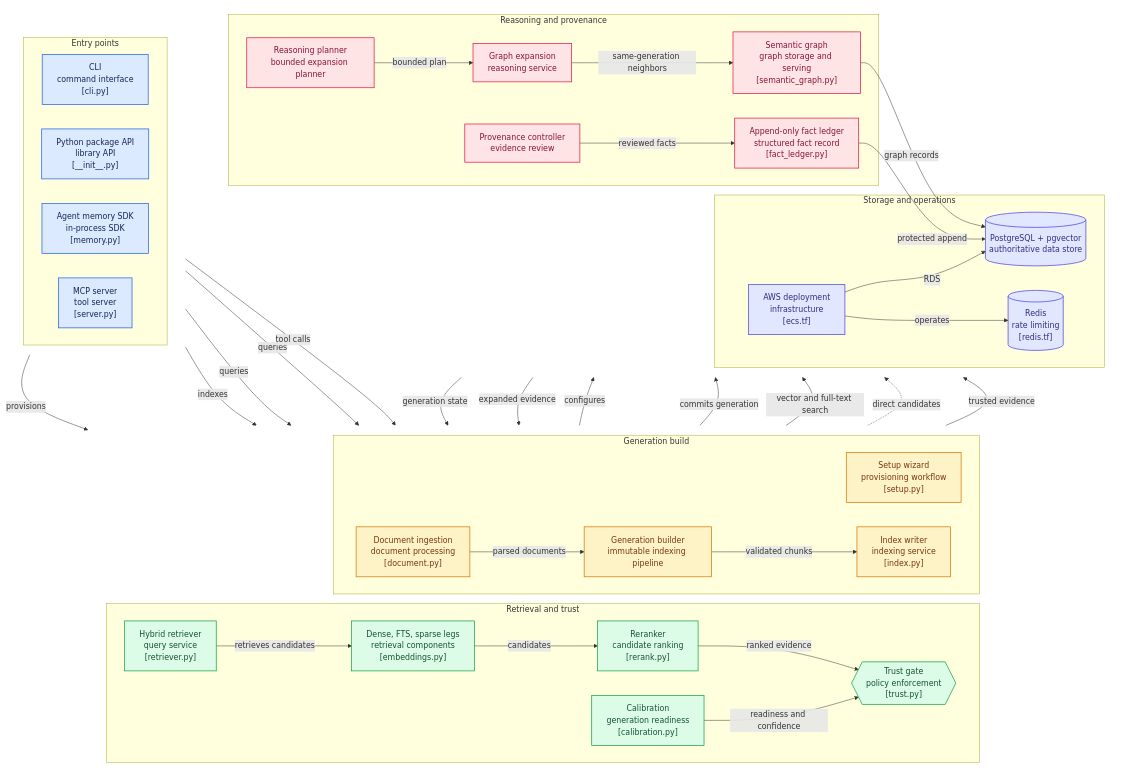
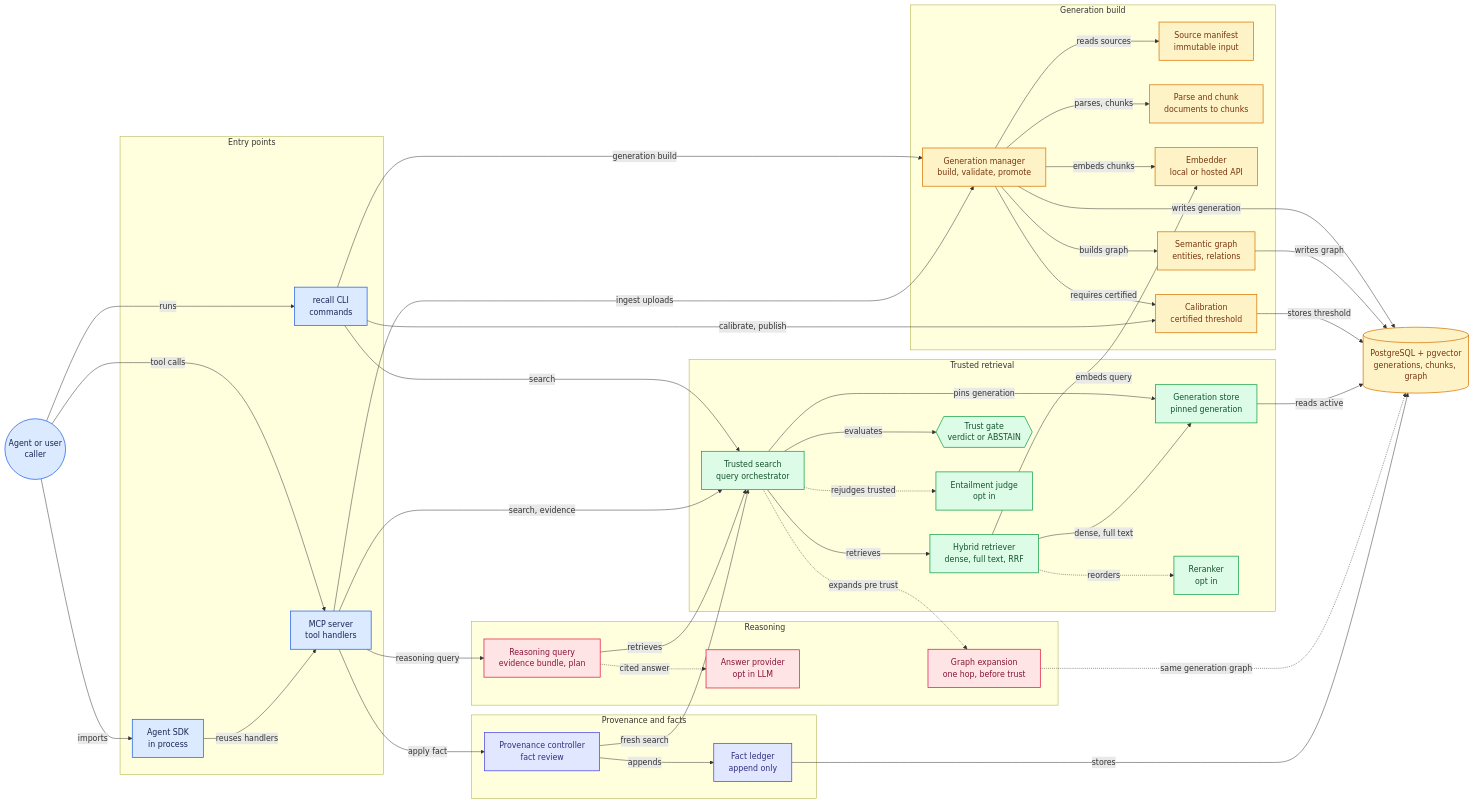
Before and after one commit to GiulioDER/RE-call: the diagram in README.md, drawn with Mermaid. The commit also changed other lines of this file, not shown here.

Commit message:
Rebuild the README architecture diagram with gitdiagram's pipeline
Regenerates the "How it works" diagram by following gitdiagram's
(ahmedkhaleel2004/gitdiagram) evidence, graph-planning and compile stages
against call sites traced in this repository, and compiling the graph with
gitdiagram's own validator and Mermaid compiler.

Corrections to the previous diagram:
- The reranker is opt in (RECALL_RERANK, recall/retriever.py:664) and is
  now dashed rather than on the default path.
- Trusted search (recall/trust.py) is shown as the orchestrator every entry
  point, the reasoning path and the provenance controller go through, with
  generation pinning and the trust gate under it.
- Graph expansion joins before the trust gate, as a pre-trust transform.
- The entailment judge and answer provider appear as opt in.
- The AWS and Redis Terraform nodes are removed: deployment template, not
  the product.

Layout is left to right so the groups stack instead of spreading wide.

````diff
--- a/README.md
+++ b/README.md
@@ -57,101 +59,100 @@
 ```mermaid
-flowchart TD
+flowchart LR
 
-subgraph row_top[" "]
-  direction LR
-  subgraph group_clients["Entry points"]
-    node_cli["CLI<br/>command interface<br/>[cli.py]"]
-    node_package_api["Python package API<br/>library API<br/>[__init__.py]"]
-    node_agent_sdk["Agent memory SDK<br/>in-process SDK<br/>[memory.py]"]
-    node_mcp_server["MCP server<br/>tool server<br/>[server.py]"]
-  end
+subgraph group_entry["Entry points"]
+  node_cli["recall CLI<br/>commands"]
+  node_mcp["MCP server<br/>tool handlers"]
+  node_sdk["Agent SDK<br/>in process"]
 end
 
-subgraph row_middle[" "]
-  direction LR
-  subgraph group_serving["Retrieval and trust"]
-    node_retriever["Hybrid retriever<br/>query service<br/>[retriever.py]"]
-    node_retrieval_legs["Dense, FTS, sparse legs<br/>retrieval components<br/>[embeddings.py]"]
-    node_reranker["Reranker<br/>candidate ranking<br/>[rerank.py]"]
-    node_trust_gate{{"Trust gate<br/>policy enforcement<br/>[trust.py]"}}
-    node_calibration["Calibration<br/>generation readiness<br/>[calibration.py]"]
-  end
-
-  subgraph group_build["Generation build"]
-    node_setup_wizard["Setup wizard<br/>provisioning workflow<br/>[setup.py]"]
-    node_generation_builder["Generation builder<br/>immutable indexing pipeline"]
-    node_document_ingest["Document ingestion<br/>document processing<br/>[document.py]"]
-    node_indexer["Index writer<br/>indexing service<br/>[index.py]"]
-  end
-
+subgraph group_build["Generation build"]
+  node_manifest["Source manifest<br/>immutable input"]
+  node_generations["Generation manager<br/>build, validate, promote"]
+  node_parser["Parse and chunk<br/>documents to chunks"]
+  node_embedder["Embedder<br/>local or hosted API"]
+  node_graph_build["Semantic graph<br/>entities, relations"]
+  node_calibration["Calibration<br/>certified threshold"]
 end
 
-subgraph row_bottom[" "]
-  direction LR
-  subgraph group_reasoning["Reasoning and provenance"]
-    node_reasoning_planner["Reasoning planner<br/>bounded expansion planner"]
-    node_reasoning_expansion["Graph expansion<br/>reasoning service"]
-    node_semantic_graph["Semantic graph<br/>graph storage and serving<br/>[semantic_graph.py]"]
-    node_provenance["Provenance controller<br/>evidence review"]
-    node_fact_ledger["Append-only fact ledger<br/>structured fact record<br/>[fact_ledger.py]"]
-  end
-  subgraph group_storage["Storage and operations"]
-    node_postgres[("PostgreSQL + pgvector<br/>authoritative data store")]
-    node_redis[("Redis<br/>rate limiting<br/>[redis.tf]")]
-    node_aws_deployment["AWS deployment<br/>infrastructure<br/>[ecs.tf]"]
-  end
+subgraph group_serve["Trusted retrieval"]
+  node_trusted_search["Trusted search<br/>query orchestrator"]
+  node_gen_store["Generation store<br/>pinned generation"]
+  node_retriever["Hybrid retriever<br/>dense, full text, RRF"]
+  node_reranker["Reranker<br/>opt in"]
+  node_trust_gate{{"Trust gate<br/>verdict or ABSTAIN"}}
+  node_entailment["Entailment judge<br/>opt in"]
 end
 
-style row_top fill:transparent,stroke:transparent
-style row_middle fill:transparent,stroke:transparent
-style row_bottom fill:transparent,stroke:transparent
+subgraph group_reason["Reasoning"]
+  node_reasoner["Reasoning query<br/>evidence bundle, plan"]
+  node_graph_expansion["Graph expansion<br/>one hop, before trust"]
+  node_answer["Answer provider<br/>opt in LLM"]
+end
 
-node_cli -->|"provisions"| node_setup_wizard
-node_cli -->|"indexes"| node_generation_builder
-node_package_api -->|"queries"| node_retriever
-node_agent_sdk -->|"queries"| node_retriever
-node_mcp_server -->|"tool calls"| node_retriever
-node_setup_wizard -->|"configures"| node_postgres
-node_document_ingest -->|"parsed documents"| node_generation_builder
-node_generation_builder -->|"validated chunks"| node_indexer
-node_indexer -->|"commits generation"| node_postgres
-node_retriever -->|"retrieves candidates"| node_retrieval_legs
-node_retrieval_legs -->|"vector and full-text search"| node_postgres
-node_retrieval_legs -->|"candidates"| node_reranker
-node_reranker -->|"ranked evidence"| node_trust_gate
-node_calibration -->|"readiness and confidence"| node_trust_gate
-node_postgres -->|"generation state"| node_calibration
-node_retriever -.->|"direct candidates"| node_reasoning_planner
-node_reasoning_planner -->|"bounded plan"| node_reasoning_expansion
-node_reasoning_expansion -->|"same-generation neighbors"| node_semantic_graph
-node_semantic_graph -->|"graph records"| node_postgres
-node_reasoning_expansion -->|"expanded evidence"| node_trust_gate
-node_trust_gate -->|"trusted evidence"| node_provenance
-node_provenance -->|"reviewed facts"| node_fact_ledger
-node_fact_ledger -->|"protected append"| node_postgres
-node_aws_deployment -->|"RDS"| node_postgres
-node_aws_deployment -->|"operates"| node_redis
+subgraph group_facts["Provenance and facts"]
+  node_provenance["Provenance controller<br/>fact review"]
+  node_ledger["Fact ledger<br/>append only"]
+end
 
-click node_cli "https://github.com/giulioder/re-call/blob/master/recall/cli.py"
-click node_package_api "https://github.com/giulioder/re-call/blob/master/recall/__init__.py"
-click node_agent_sdk "https://github.com/giulioder/re-call/blob/master/recall_agent/memory.py"
-click node_mcp_server "https://github.com/giulioder/re-call/blob/master/recall_mcp/server.py"
-click node_setup_wizard "https://github.com/giulioder/re-call/blob/master/recall/setup.py"
-click node_generation_builder "https://github.com/giulioder/re-call/blob/master/recall/generation_build.py"
-click node_document_ingest "https://github.com/giulioder/re-call/blob/master/recall/document.py"
-click node_indexer "https://github.com/giulioder/re-call/blob/master/recall/index.py"
-click node_retriever "https://github.com/giulioder/re-call/blob/master/recall/retriever.py"
-click node_retrieval_legs "https://github.com/giulioder/re-call/blob/master/recall/embeddings.py"
-click node_reranker "https://github.com/giulioder/re-call/blob/master/recall/rerank.py"
-click node_trust_gate "https://github.com/giulioder/re-call/blob/master/recall/trust.py"
-click node_calibration "https://github.com/giulioder/re-call/blob/master/recall/calibration.py"
-click node_reasoning_planner "https://github.com/giulioder/re-call/blob/master/recall/reasoning_planner.py"
-click node_reasoning_expansion "https://github.com/giulioder/re-call/blob/master/recall/reasoning_expansion_service.py"
-click node_semantic_graph "https://github.com/giulioder/re-call/blob/master/recall/semantic_graph.py"
-click node_provenance "https://github.com/giulioder/re-call/blob/master/recall/provenance_controller.py"
-click node_fact_ledger "https://github.com/giulioder/re-call/blob/master/recall/fact_ledger.py"
-click node_redis "https://github.com/giulioder/re-call/blob/master/infra/aws/redis.tf"
-click node_aws_deployment "https://github.com/giulioder/re-call/blob/master/infra/aws/ecs.tf"
+node_caller(("Agent or user<br/>caller"))
+node_postgres[("PostgreSQL + pgvector<br/>generations, chunks, graph")]
+
+node_caller -->|"runs"| node_cli
+node_caller -->|"tool calls"| node_mcp
+node_caller -->|"imports"| node_sdk
+node_sdk -->|"reuses handlers"| node_mcp
+node_cli -->|"generation build"| node_generations
+node_mcp -->|"ingest uploads"| node_generations
+node_generations -->|"reads sources"| node_manifest
+node_generations -->|"parses, chunks"| node_parser
+node_generations -->|"embeds chunks"| node_embedder
+node_generations -->|"builds graph"| node_graph_build
+node_generations -->|"requires certified"| node_calibration
+node_generations -->|"writes generation"| node_postgres
+node_graph_build -->|"writes graph"| node_postgres
+node_cli -->|"calibrate, publish"| node_calibration
+node_calibration -->|"stores threshold"| node_postgres
+node_cli -->|"search"| node_trusted_search
+node_mcp -->|"search, evidence"| node_trusted_search
+node_trusted_search -->|"pins generation"| node_gen_store
+node_gen_store -->|"reads active"| node_postgres
+node_trusted_search -->|"retrieves"| node_retriever
+node_retriever -->|"embeds query"| node_embedder
+node_retriever -->|"dense, full text"| node_gen_store
+node_retriever -.->|"reorders"| node_reranker
+node_trusted_search -->|"evaluates"| node_trust_gate
+node_trusted_search -.->|"rejudges trusted"| node_entailment
+node_mcp -->|"reasoning query"| node_reasoner
+node_reasoner -->|"retrieves"| node_trusted_search
+node_trusted_search -.->|"expands pre trust"| node_graph_expansion
+node_graph_expansion -.->|"same generation graph"| node_postgres
+node_reasoner -.->|"cited answer"| node_answer
+node_mcp -->|"apply fact"| node_provenance
+node_provenance -->|"fresh search"| node_trusted_search
+node_provenance -->|"appends"| node_ledger
+node_ledger -->|"stores"| node_postgres
+
+click node_cli "https://github.com/GiulioDER/RE-call/blob/master/recall/cli.py"
+click node_mcp "https://github.com/GiulioDER/RE-call/tree/master/recall_mcp"
+click node_sdk "https://github.com/GiulioDER/RE-call/blob/master/recall_agent/memory.py"
+click node_manifest "https://github.com/GiulioDER/RE-call/blob/master/recall/manifest.py"
+click node_generations "https://github.com/GiulioDER/RE-call/blob/master/recall/generations.py"
+click node_parser "https://github.com/GiulioDER/RE-call/blob/master/recall/document.py"
+click node_embedder "https://github.com/GiulioDER/RE-call/blob/master/recall/embeddings.py"
+click node_graph_build "https://github.com/GiulioDER/RE-call/blob/master/recall/semantic_graph.py"
+click node_calibration "https://github.com/GiulioDER/RE-call/blob/master/recall/calibration_v2.py"
+click node_trusted_search "https://github.com/GiulioDER/RE-call/blob/master/recall/trust.py"
+click node_gen_store "https://github.com/GiulioDER/RE-call/blob/master/recall/generation_store.py"
+click node_retriever "https://github.com/GiulioDER/RE-call/blob/master/recall/retriever.py"
+click node_reranker "https://github.com/GiulioDER/RE-call/blob/master/recall/rerank.py"
+click node_trust_gate "https://github.com/GiulioDER/RE-call/blob/master/recall/trust.py"
+click node_entailment "https://github.com/GiulioDER/RE-call/blob/master/recall/entailment.py"
+click node_reasoner "https://github.com/GiulioDER/RE-call/blob/master/recall/reasoning.py"
+click node_graph_expansion "https://github.com/GiulioDER/RE-call/blob/master/recall_mcp/graph_expansion.py"
+click node_answer "https://github.com/GiulioDER/RE-call/blob/master/recall/answer_provider.py"
+click node_provenance "https://github.com/GiulioDER/RE-call/blob/master/recall/provenance_controller.py"
+click node_ledger "https://github.com/GiulioDER/RE-call/blob/master/recall/fact_ledger.py"
+click node_postgres "https://github.com/GiulioDER/RE-call/tree/master/recall/migrations"
 
 classDef toneNeutral fill:#f8fafc,stroke:#334155,stroke-width:1.5px,color:#0f172a
 classDef toneBlue fill:#dbeafe,stroke:#2563eb,stroke-width:1.5px,color:#172554
@@ -160,9 +161,9 @@
 classDef toneRose fill:#ffe4e6,stroke:#e11d48,stroke-width:1.5px,color:#881337
 classDef toneIndigo fill:#e0e7ff,stroke:#4f46e5,stroke-width:1.5px,color:#312e81
 classDef toneTeal fill:#ccfbf1,stroke:#0f766e,stroke-width:1.5px,color:#134e4a
-class node_cli,node_package_api,node_agent_sdk,node_mcp_server toneBlue
-class node_setup_wizard,node_generation_builder,node_document_ingest,node_indexer toneAmber
-class node_retriever,node_retrieval_legs,node_reranker,node_trust_gate,node_calibration toneMint
-class node_reasoning_planner,node_reasoning_expansion,node_semantic_graph,node_provenance,node_fact_ledger toneRose
-class node_postgres,node_redis,node_aws_deployment toneIndigo
+class node_cli,node_mcp,node_sdk,node_caller toneBlue
+class node_manifest,node_generations,node_parser,node_embedder,node_graph_build,node_calibration,node_postgres toneAmber
+class node_trusted_search,node_gen_store,node_retriever,node_reranker,node_trust_gate,node_entailment toneMint
+class node_reasoner,node_graph_expansion,node_answer toneRose
+class node_provenance,node_ledger toneIndigo
 ```
````
